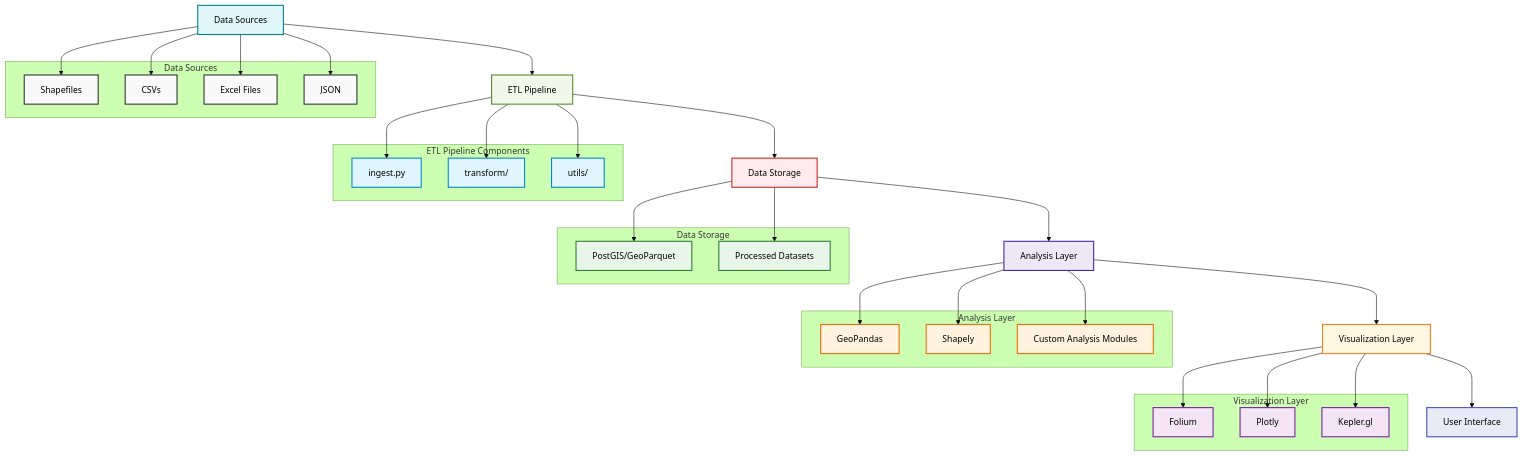
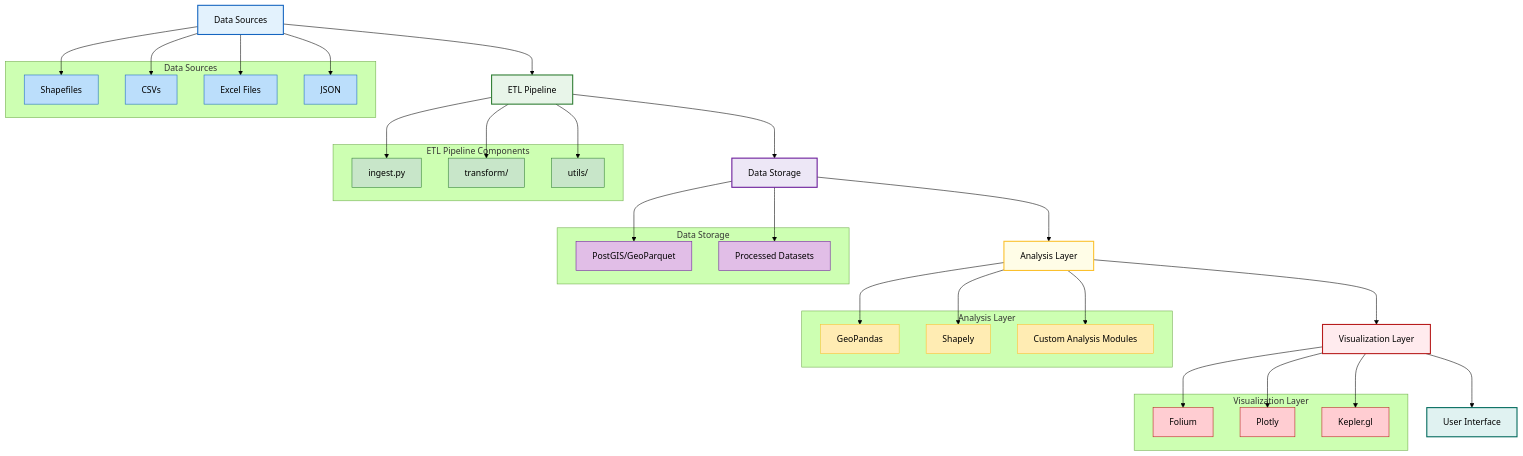
The fifth of 5 diagrams in ArgGIS/README.md (sayertindall/ArgGIS), drawn with Mermaid (forest theme) before and after one commit. The commit also changed other lines of this file and 1 other file, not shown here.

````diff
--- a/ArgGIS/README.md
+++ b/ArgGIS/README.md
@@ -460,30 +402,36 @@
     E --> E2
     E --> E3
 
-    style A fill:#e0f7fa,stroke:#00838f,stroke-width:2px
-    style B fill:#f1f8e9,stroke:#558b2f,stroke-width:2px
-    style C fill:#ffebee,stroke:#c62828,stroke-width:2px
-    style D fill:#ede7f6,stroke:#4527a0,stroke-width:2px
-    style E fill:#fff8e1,stroke:#f57f17,stroke-width:2px
-    style F fill:#e8eaf6,stroke:#3f51b5,stroke-width:2px
+    style A fill:#e3f2fd,stroke:#1565c0,stroke-width:2px
+    style A1 fill:#bbdefb,stroke:#1565c0,stroke-width:1px
+    style A2 fill:#bbdefb,stroke:#1565c0,stroke-width:1px
+    style A3 fill:#bbdefb,stroke:#1565c0,stroke-width:1px
+    style A4 fill:#bbdefb,stroke:#1565c0,stroke-width:1px
 
-    style A1 fill:#f9f9f9,stroke:#333,stroke-width:2px
-    style A2 fill:#f9f9f9,stroke:#333,stroke-width:2px
-    style A3 fill:#f9f9f9,stroke:#333,stroke-width:2px
-    style A4 fill:#f9f9f9,stroke:#333,stroke-width:2px
+    %% Processing layer - green tones
+    style B fill:#e8f5e9,stroke:#2e7d32,stroke-width:2px
+    style B1 fill:#c8e6c9,stroke:#2e7d32,stroke-width:1px
+    style B2 fill:#c8e6c9,stroke:#2e7d32,stroke-width:1px
+    style B3 fill:#c8e6c9,stroke:#2e7d32,stroke-width:1px
 
-    style B1 fill:#e1f5fe,stroke:#0288d1,stroke-width:2px
-    style B2 fill:#e1f5fe,stroke:#0288d1,stroke-width:2px
-    style B3 fill:#e1f5fe,stroke:#0288d1,stroke-width:2px
+    %% Storage layer - purple tones
+    style C fill:#ede7f6,stroke:#6a1b9a,stroke-width:2px
+    style C1 fill:#e1bee7,stroke:#6a1b9a,stroke-width:1px
+    style C2 fill:#e1bee7,stroke:#6a1b9a,stroke-width:1px
 
-    style C1 fill:#e8f5e9,stroke:#2e7d32,stroke-width:2px
-    style C2 fill:#e8f5e9,stroke:#2e7d32,stroke-width:2px
+    %% Analysis layer - amber tones
+    style D fill:#fffde7,stroke:#fbc02d,stroke-width:2px
+    style D1 fill:#ffecb3,stroke:#fbc02d,stroke-width:1px
+    style D2 fill:#ffecb3,stroke:#fbc02d,stroke-width:1px
+    style D3 fill:#ffecb3,stroke:#fbc02d,stroke-width:1px
 
-    style D1 fill:#fff3e0,stroke:#ef6c00,stroke-width:2px
-    style D2 fill:#fff3e0,stroke:#ef6c00,stroke-width:2px
-    style D3 fill:#fff3e0,stroke:#ef6c00,stroke-width:2px
+    %% Visualization layer - red tones
+    style E fill:#ffebee,stroke:#b71c1c,stroke-width:2px
+    style E1 fill:#ffcdd2,stroke:#b71c1c,stroke-width:1px
+    style E2 fill:#ffcdd2,stroke:#b71c1c,stroke-width:1px
+    style E3 fill:#ffcdd2,stroke:#b71c1c,stroke-width:1px
 
-    style E1 fill:#f3e5f5,stroke:#7b1fa2,stroke-width:2px
-    style E2 fill:#f3e5f5,stroke:#7b1fa2,stroke-width:2px
-    style E3 fill:#f3e5f5,stroke:#7b1fa2,stroke-width:2px
+    %% UI layer - teal tones
+    style F fill:#e0f2f1,stroke:#00695c,stroke-width:2px
+
 ```
````
